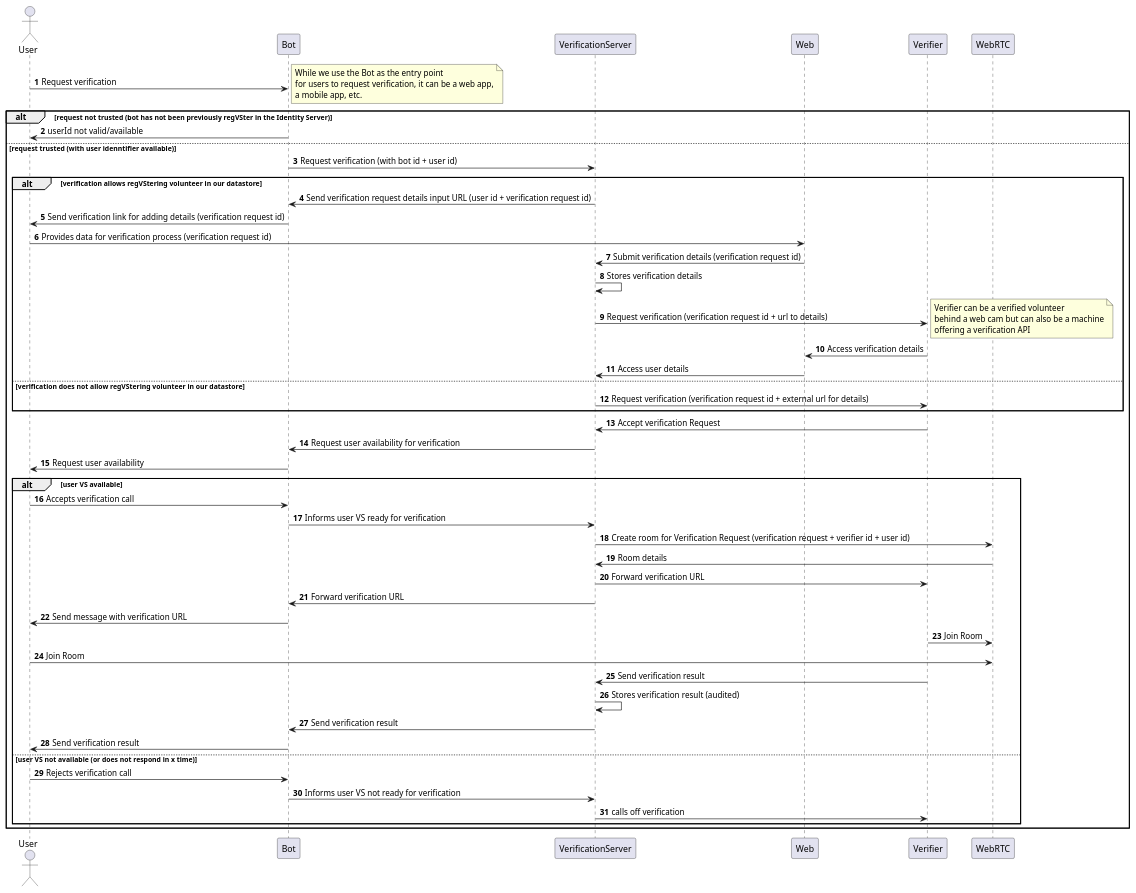
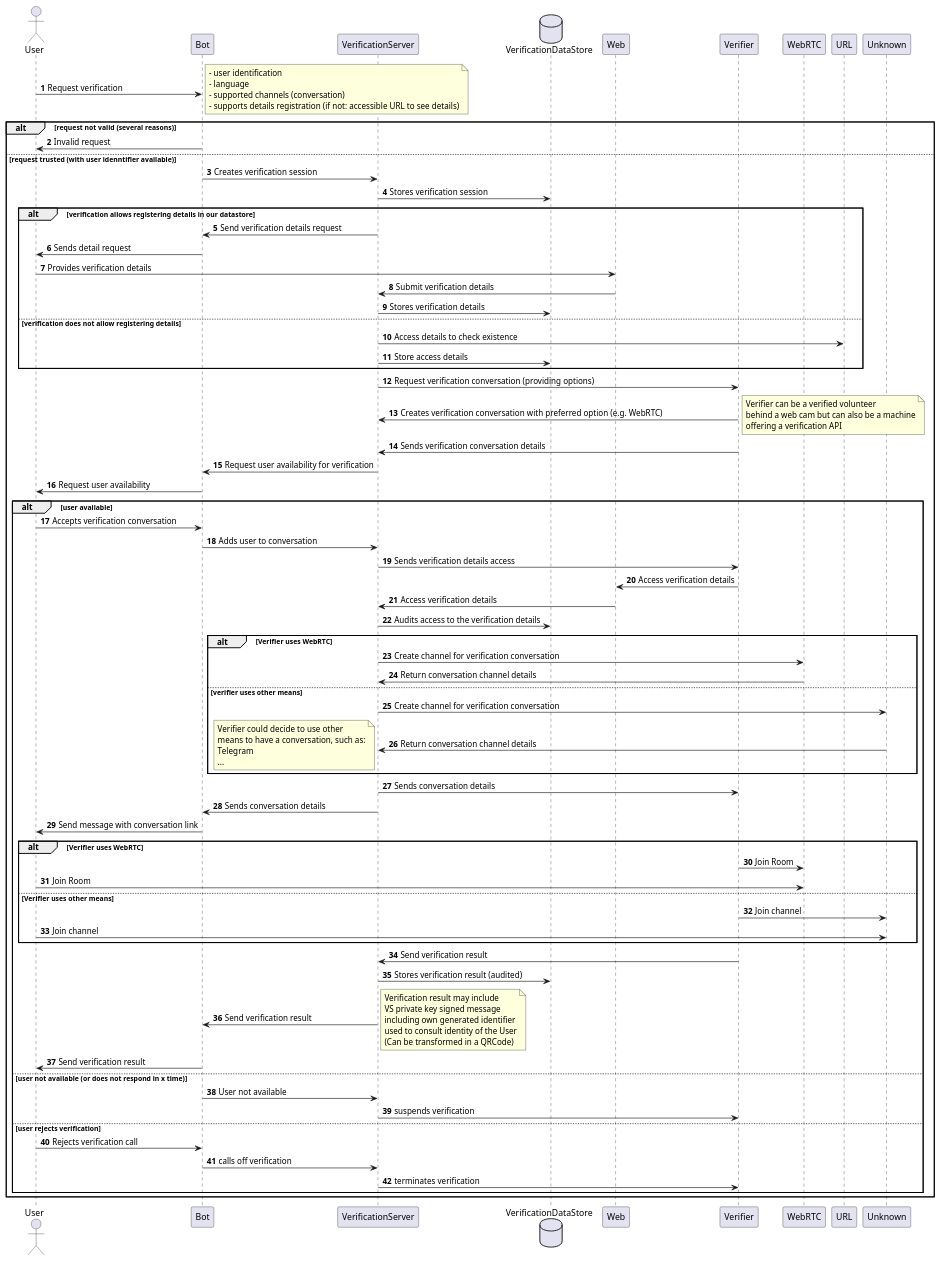
Before and after one commit to etux/verification-server: the diagram in docs/diagrams/sequence_diagram_verificatoin.puml, drawn with PlantUML. The commit also changed 2 other files, not shown here.

```diff
--- a/docs/diagrams/sequence_diagram_verificatoin.puml
+++ b/docs/diagrams/sequence_diagram_verificatoin.puml
@@ -1,65 +1,98 @@
 @startuml
 autonumber
 
 actor User
 
 participant Bot
 
 participant VerificationServer as VS
+database VerificationDataStore as VSDS
+
 participant Web
 participant Verifier
 participant WebRTC
 
 User -> Bot: Request verification
 note right
-While we use the Bot as the entry point
-for users to request verification, it can be a web app,
-a mobile app, etc.
+- user identification
+- language
+- supported channels (conversation)
+- supports details registration (if not: accessible URL to see details)
 endnote
-
-alt request not trusted (bot has not been previously regVSter in the Identity Server)
-    Bot -> User: userId not valid/available
+alt request not valid (several reasons)
+    Bot -> User: Invalid request
 else request trusted (with user idenntifier available)
-    Bot -> VS: Request verification (with bot id + user id)
-    alt verification allows regVStering volunteer in our datastore
-        VS -> Bot: Send verification request details input URL (user id + verification request id)
-        Bot -> User: Send verification link for adding details (verification request id)
-        User -> Web: Provides data for verification process (verification request id)
-        Web -> VS: Submit verification details (verification request id)
-        VS -> VS: Stores verification details
-        VS -> Verifier: Request verification (verification request id + url to details)
-        note right
-        Verifier can be a verified volunteer
-        behind a web cam but can also be a machine
-        offering a verification API
-        endnote
-        Verifier -> Web: Access verification details
-        Web -> VS: Access user details
-    else verification does not allow regVStering volunteer in our datastore
-        VS -> Verifier: Request verification (verification request id + external url for details)
+    Bot -> VS: Creates verification session
+    VS -> VSDS: Stores verification session
+    alt verification allows registering details in our datastore
+        VS -> Bot: Send verification details request
+        Bot -> User: Sends detail request
+        User -> Web: Provides verification details
+        Web -> VS: Submit verification details
+        VS -> VSDS: Stores verification details
+    else verification does not allow registering details
+        VS -> URL: Access details to check existence
+        VS -> VSDS: Store access details
     end
-    Verifier -> VS: Accept verification Request
+    VS -> Verifier: Request verification conversation (providing options)
+    Verifier -> VS: Creates verification conversation with preferred option (e.g. WebRTC)
+    note right
+    Verifier can be a verified volunteer
+    behind a web cam but can also be a machine
+    offering a verification API
+    endnote
+    Verifier -> VS: Sends verification conversation details
     VS -> Bot: Request user availability for verification
     Bot -> User: Request user availability
-    alt user VS available
-        User -> Bot: Accepts verification call
-        Bot -> VS: Informs user VS ready for verification
-        VS -> WebRTC: Create room for Verification Request (verification request + verifier id + user id)
-        WebRTC -> VS: Room details
-        VS -> Verifier: Forward verification URL
-        VS -> Bot: Forward verification URL
-        Bot -> User: Send message with verification URL
-        Verifier -> WebRTC: Join Room
-        User -> WebRTC: Join Room
+    alt user available
+        User -> Bot: Accepts verification conversation
+        Bot -> VS: Adds user to conversation
+        VS -> Verifier: Sends verification details access
+        Verifier -> Web: Access verification details
+        Web -> VS: Access verification details
+        VS -> VSDS: Audits access to the verification details
+        alt Verifier uses WebRTC
+            VS -> WebRTC: Create channel for verification conversation
+            WebRTC -> VS: Return conversation channel details
+        else verifier uses other means
+            VS -> Unknown: Create channel for verification conversation
+            Unknown -> VS: Return conversation channel details
+            note left
+            Verifier could decide to use other
+            means to have a conversation, such as:
+            Telegram
+            ...
+            endnote
+        end
+        VS -> Verifier: Sends conversation details
+        VS -> Bot: Sends conversation details
+        Bot -> User: Send message with conversation link
+        alt Verifier uses WebRTC
+            Verifier -> WebRTC: Join Room
+            User -> WebRTC: Join Room
+        else Verifier uses other means
+            Verifier -> Unknown: Join channel
+            User -> Unknown: Join channel
+        end
         Verifier -> VS: Send verification result
-        VS -> VS: Stores verification result (audited)
+        VS -> VSDS: Stores verification result (audited)
         VS -> Bot: Send verification result
+        note right
+        Verification result may include
+        VS private key signed message
+        including own generated identifier
+        used to consult identity of the User
+        (Can be transformed in a QRCode)
+        endnote
         Bot -> User: Send verification result
-    else user VS not available (or does not respond in x time)
+    else user not available (or does not respond in x time)
+        Bot -> VS: User not available
+        VS -> Verifier: suspends verification
+    else user rejects verification
         User -> Bot: Rejects verification call
-        Bot -> VS: Informs user VS not ready for verification
-        VS -> Verifier: calls off verification
+        Bot -> VS: calls off verification
+        VS -> Verifier: terminates verification
     end
 end
 
 @enduml
```
